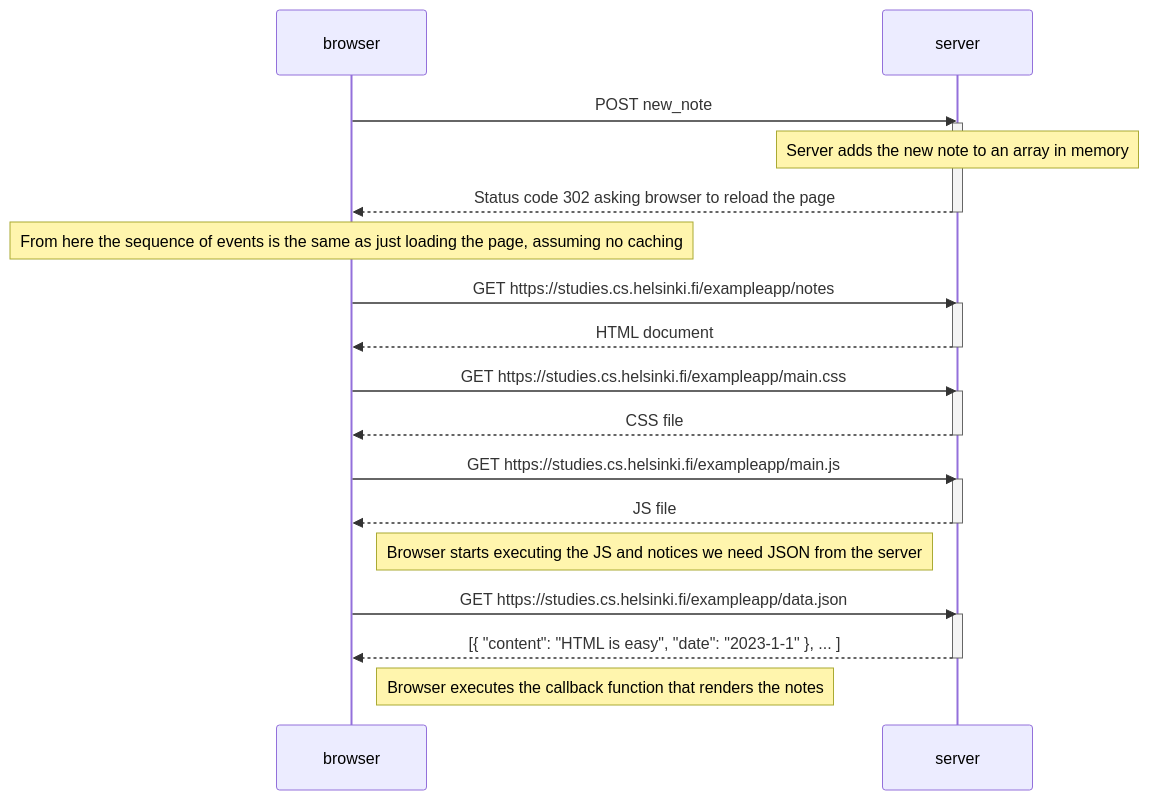
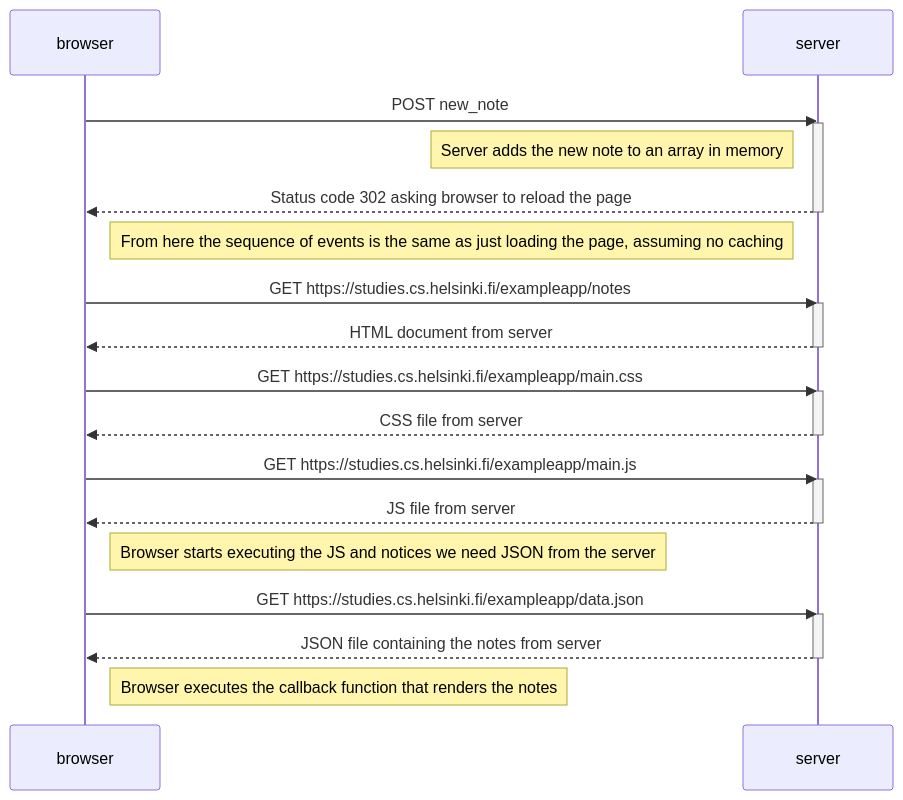
Before and after one commit to joonamon/fsopen: the diagram in pt0/p4.md, drawn with Mermaid. The commit also changed other lines of this file, not shown here.

Commit message:
Stylistic changes and contemplations for exercise 0.4

````diff
--- a/pt0/p4.md
+++ b/pt0/p4.md
@@ -1,37 +5,37 @@
 ```mermaid
 sequenceDiagram
     participant browser
     participant server
 
     browser->>server: POST new_note
     activate server
-    Note over server: Server adds the new note to an array in memory
+    Note left of server: Server adds the new note to an array in memory
     server-->>browser: Status code 302 asking browser to reload the page
     deactivate server
 
-    Note over browser: From here the sequence of events is the same as just loading the page, assuming no caching
+    Note right of browser: From here the sequence of events is the same as just loading the page, assuming no caching
 
     browser->>server: GET https://studies.cs.helsinki.fi/exampleapp/notes
     activate server
-    server-->>browser: HTML document
+    server-->>browser: HTML document from server
     deactivate server
 
     browser->>server: GET https://studies.cs.helsinki.fi/exampleapp/main.css
     activate server
-    server-->>browser: CSS file
+    server-->>browser: CSS file from server
     deactivate server
 
     browser->>server: GET https://studies.cs.helsinki.fi/exampleapp/main.js
     activate server
-    server-->>browser: JS file
+    server-->>browser: JS file from server
     deactivate server
 
     Note right of browser: Browser starts executing the JS and notices we need JSON from the server
 
     browser->>server: GET https://studies.cs.helsinki.fi/exampleapp/data.json
     activate server
-    server-->>browser: [{ "content": "HTML is easy", "date": "2023-1-1" }, ... ]
+    server-->>browser: JSON file containing the notes from server
     deactivate server
 
     Note right of browser: Browser executes the callback function that renders the notes
 ```
````
